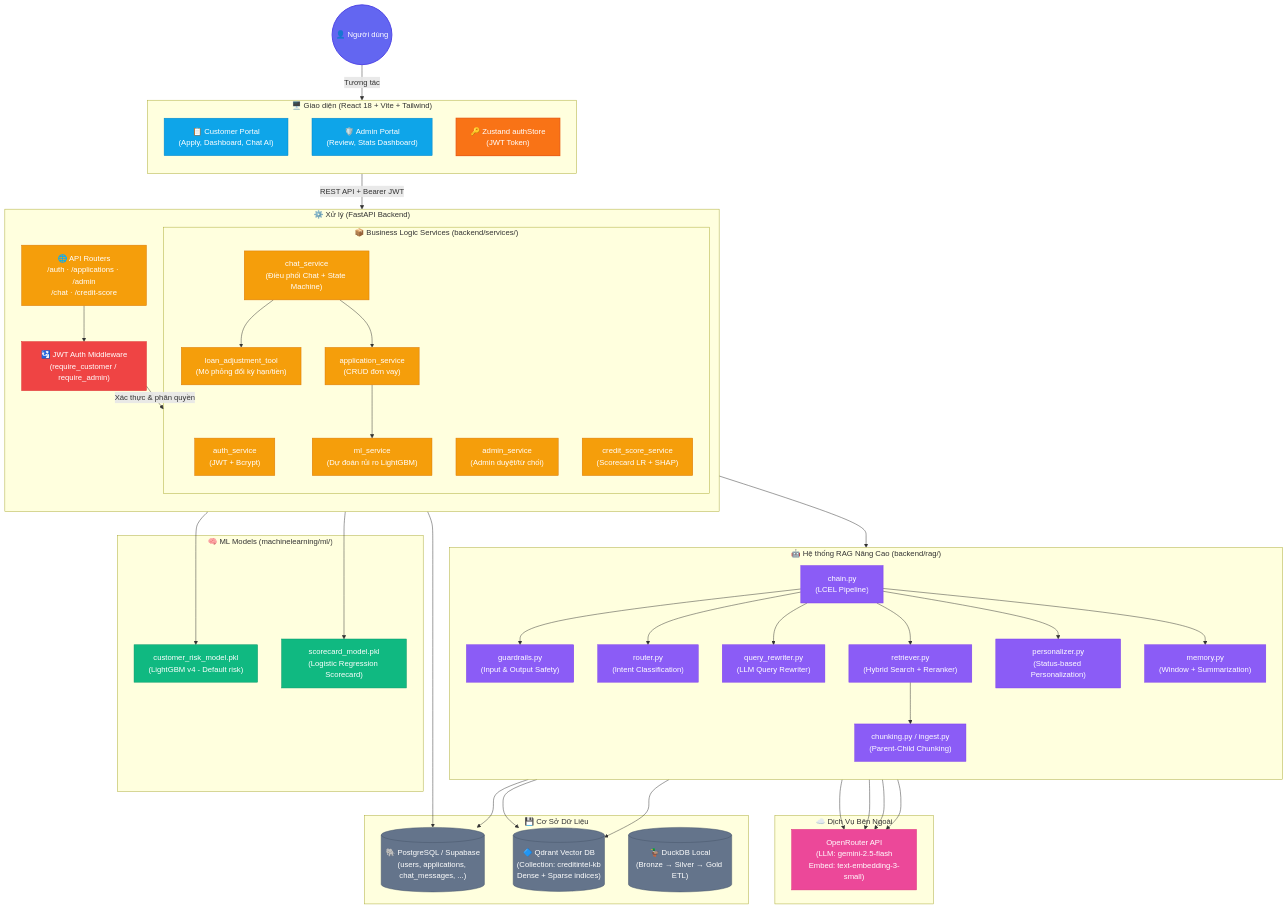
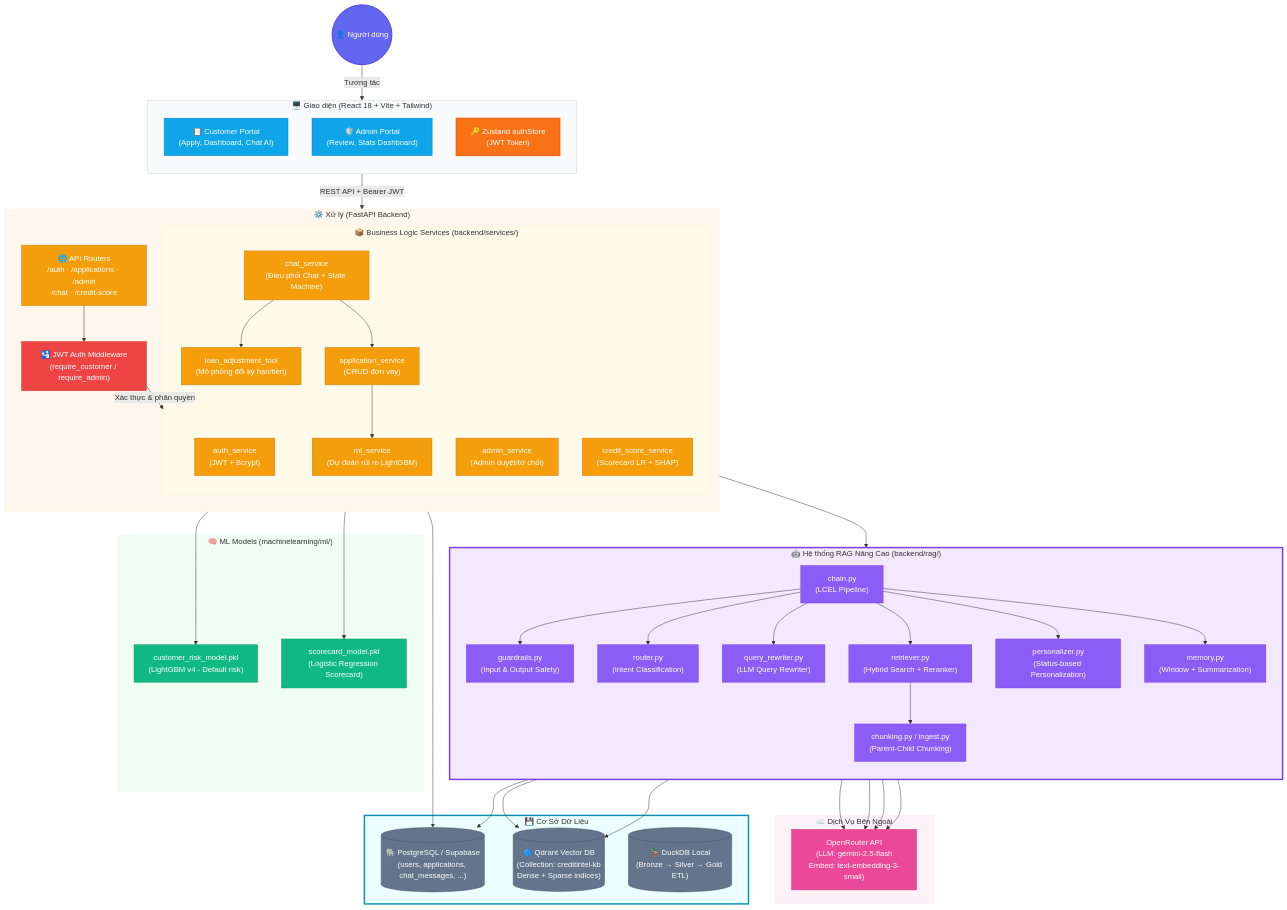
One commit to VTD0102/Loan_ETL changed the first of 2 diagrams in README.md. Above: the diagram before and after it, drawn with Mermaid. The commit also changed other lines of this file and 1 other file, not shown here.

Commit message:
docs: style RAG and Storage blocks in Mermaid diagrams

````diff
--- a/README.md
+++ b/README.md
@@ -116,4 +118,13 @@
     class LGBM,SCORECARD ml
     class DB_PG,DB_QD,DB_DK storage
     class OR external
+
+    %% ====== SUBGRAPH STYLING (BORDERS & COLORS) ======
+    style RAG fill:#f3e8ff,stroke:#7c3aed,stroke-width:3px
+    style STORAGE fill:#ecfeff,stroke:#0891b2,stroke-width:3px
+    style FE fill:#f8fafc,stroke:#cbd5e1,stroke-width:1px
+    style BE fill:#fff7ed,stroke:#ffedd5,stroke-width:1px
+    style SVC fill:#fffbeb,stroke:#fef3c7,stroke-width:1px
+    style ML_MODELS fill:#f0fdf4,stroke:#dcfce7,stroke-width:1px
+    style EXT fill:#fdf2f8,stroke:#fce7f3,stroke-width:1px
 ```
````
